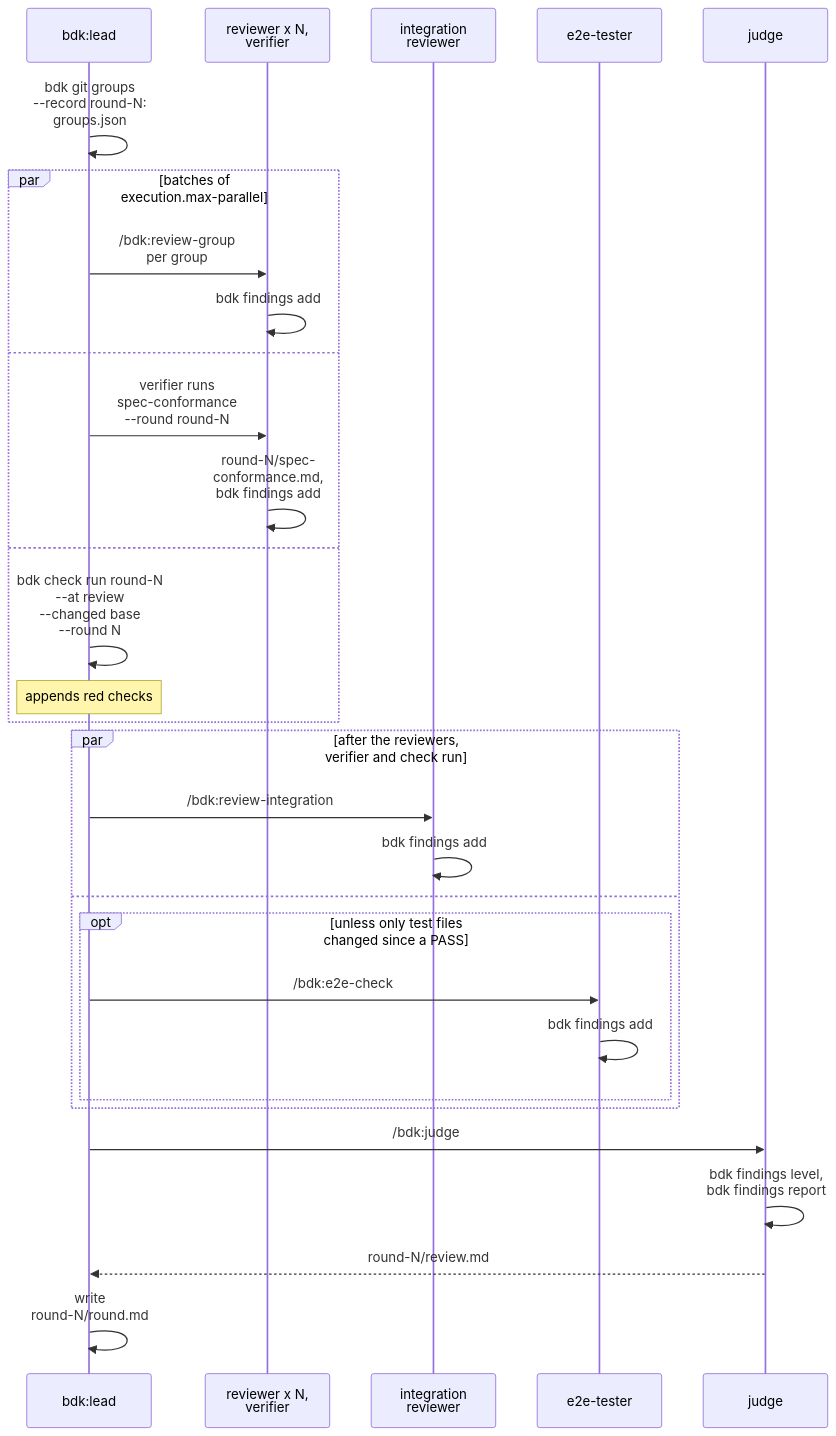
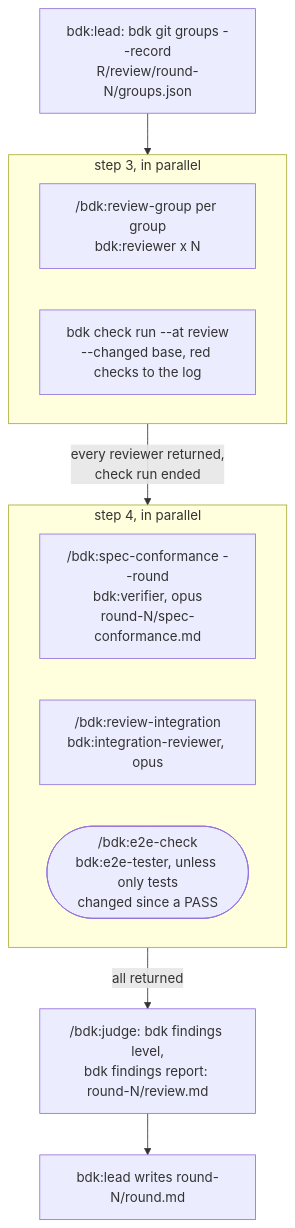
Before and after one commit to broneq/bdk: diagram 11 of 16 in docs/concepts/orchestrators.md, drawn with Mermaid. The commit also changed other lines of this file and 13 other files, not shown here.

First line of the commit message:
feat(skills): start the review round's spec check with the integration reviewer

````diff
--- a/docs/concepts/orchestrators.md
+++ b/docs/concepts/orchestrators.md
@@ -257,32 +257,18 @@
 ```mermaid
-sequenceDiagram
-  participant L as bdk:lead
-  participant R as reviewer x N,<br/>verifier
-  participant I as integration<br/>reviewer
-  participant E as e2e-tester
-  participant J as judge
-  L->>L: bdk git groups<br/>--record round-N:<br/>groups.json
-  par batches of<br/>execution.max-parallel
-    L->>R: /bdk:review-group<br/>per group
-    R->>R: bdk findings add
-  and
-    L->>R: verifier runs<br/>spec-conformance<br/>--round round-N
-    R->>R: round-N/spec-<br/>conformance.md,<br/>bdk findings add
-  and
-    L->>L: bdk check run round-N<br/>--at review<br/>--changed base<br/>--round N
-    Note over L: appends red checks
+flowchart TB
+  G["bdk:lead: bdk git groups --record<br/>R/review/round-N/groups.json"] --> S3
+  subgraph S3["step 3, in parallel"]
+    direction LR
+    RV["/bdk:review-group per group<br/>bdk:reviewer x N"]
+    CK["bdk check run --at review<br/>--changed base, red checks to the log"]
   end
-  par after the reviewers,<br/>verifier and check run
-    L->>I: /bdk:review-integration
-    I->>I: bdk findings add
-  and
-    opt unless only test files<br/>changed since a PASS
-      L->>E: /bdk:e2e-check
-      E->>E: bdk findings add
-    end
+  S3 -->|"every reviewer returned,<br/>check run ended"| S4
+  subgraph S4["step 4, in parallel"]
+    direction LR
+    VF["/bdk:spec-conformance --round<br/>bdk:verifier, opus<br/>round-N/spec-conformance.md"]
+    IR["/bdk:review-integration<br/>bdk:integration-reviewer, opus"]
+    E2(["/bdk:e2e-check<br/>bdk:e2e-tester, unless only tests<br/>changed since a PASS"])
   end
-  L->>J: /bdk:judge
-  J->>J: bdk findings level,<br/>bdk findings report
-  J-->>L: round-N/review.md
-  L->>L: write<br/>round-N/round.md
+  S4 -->|"all returned"| JD["/bdk:judge: bdk findings level,<br/>bdk findings report: round-N/review.md"]
+  JD --> RM["bdk:lead writes round-N/round.md"]
 ```
````
